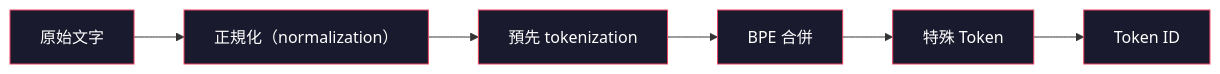
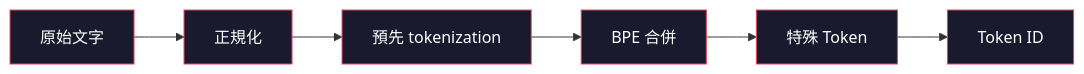
One commit to edward821220/ai-engineering-from-scratch changed the diagram in i18n/zh-TW/phases/10-llms-from-scratch/02-building-a-tokenizer/docs/zh-TW.md. Above: the diagram before and after it, drawn with Mermaid. The commit also changed other lines of this file and 123 other files, not shown here.

````diff
--- a/i18n/zh-TW/phases/10-llms-from-scratch/02-building-a-tokenizer/docs/zh-TW.md
+++ b/i18n/zh-TW/phases/10-llms-from-scratch/02-building-a-tokenizer/docs/zh-TW.md
@@ -35,15 +35,15 @@
 ```mermaid
 graph LR
-    A[原始文字] --> B[正規化（normalization）]
+    A[原始文字] --> B[正規化]
     B --> C[預先 tokenization]
     C --> D[BPE 合併]
     D --> E[特殊 Token]
     E --> F[Token ID]
 
     style A fill:#1a1a2e,stroke:#e94560,color:#fff
     style B fill:#1a1a2e,stroke:#e94560,color:#fff
     style C fill:#1a1a2e,stroke:#e94560,color:#fff
     style D fill:#1a1a2e,stroke:#e94560,color:#fff
     style E fill:#1a1a2e,stroke:#e94560,color:#fff
     style F fill:#1a1a2e,stroke:#e94560,color:#fff
 ```
````
